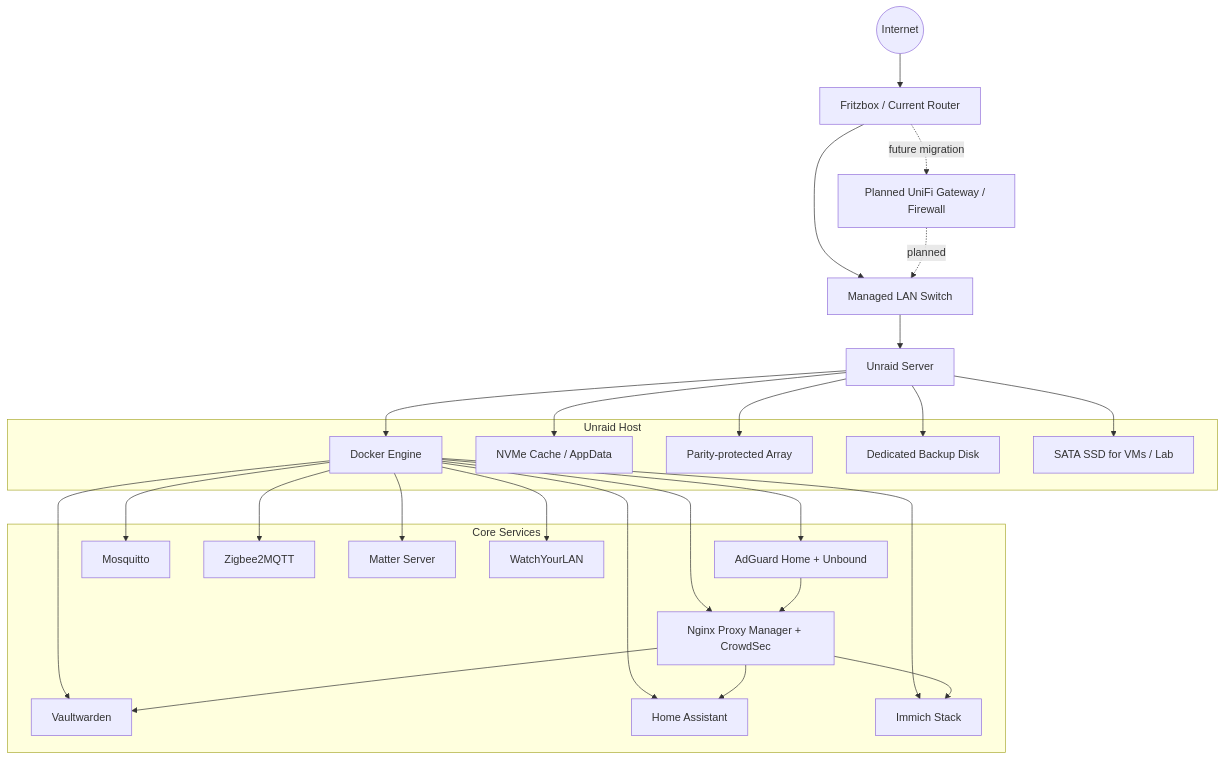
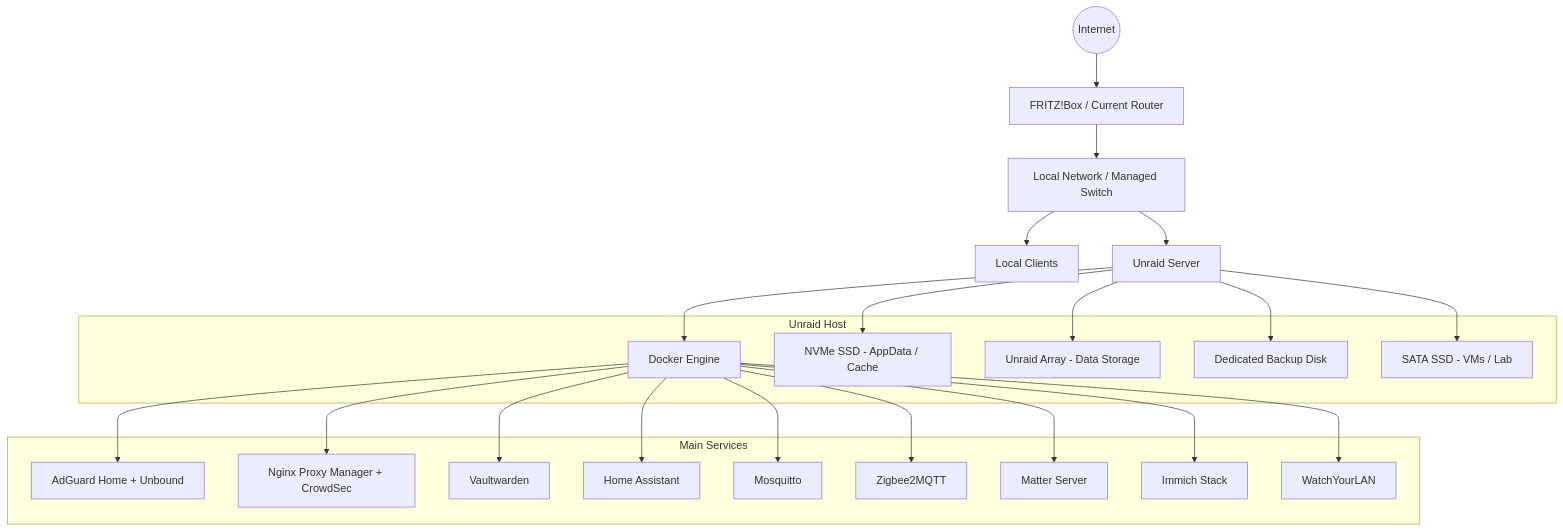
The diagram in README.md (ThomasMann2001/HeimServer-Projekt), drawn with Mermaid before and after one commit. The commit also changed other lines of this file, not shown here.

````diff
--- a/README.md
+++ b/README.md
@@ -90,55 +100,49 @@
 ```mermaid
 flowchart TD
     Internet((Internet))
-    Fritzbox[Fritzbox / Current Router]
-    FutureUniFi[Planned UniFi Gateway / Firewall]
-    Switch[Managed LAN Switch]
-    Unraid[Unraid Server]
+    Fritzbox["FRITZ!Box / Current Router"]
+    Switch["Local Network / Managed Switch"]
+    Clients["Local Clients"]
+    Unraid["Unraid Server"]
 
     Internet --> Fritzbox
-    Fritzbox -. future migration .-> FutureUniFi
     Fritzbox --> Switch
-    FutureUniFi -. planned .-> Switch
+    Switch --> Clients
     Switch --> Unraid
 
-    subgraph UnraidHost[Unraid Host]
-        Docker[Docker Engine]
-        Cache[NVMe Cache / AppData]
-        Array[Parity-protected Array]
-        Backup[Dedicated Backup Disk]
-        VMSSD[SATA SSD for VMs / Lab]
+    subgraph UnraidHost["Unraid Host"]
+        Docker["Docker Engine"]
+        Cache["NVMe SSD - AppData / Cache"]
+        ArrayStorage["Unraid Array - Data Storage"]
+        BackupDisk["Dedicated Backup Disk"]
+        LabSSD["SATA SSD - VMs / Lab"]
     end
 
     Unraid --> Docker
     Unraid --> Cache
-    Unraid --> Array
-    Unraid --> Backup
-    Unraid --> VMSSD
+    Unraid --> ArrayStorage
+    Unraid --> BackupDisk
+    Unraid --> LabSSD
 
-    subgraph CoreServices[Core Services]
-        DNS[AdGuard Home + Unbound]
-        Proxy[Nginx Proxy Manager + CrowdSec]
-        Vault[Vaultwarden]
-        HA[Home Assistant]
-        MQTT[Mosquitto]
-        Zigbee[Zigbee2MQTT]
-        Matter[Matter Server]
-        Photos[Immich Stack]
-        Monitor[WatchYourLAN]
+    subgraph CoreServices["Main Services"]
+        DNS["AdGuard Home + Unbound"]
+        Proxy["Nginx Proxy Manager + CrowdSec"]
+        Vault["Vaultwarden"]
+        HomeAssistant["Home Assistant"]
+        MQTT["Mosquitto"]
+        Zigbee["Zigbee2MQTT"]
+        Matter["Matter Server"]
+        Immich["Immich Stack"]
+        Watch["WatchYourLAN"]
     end
 
     Docker --> DNS
     Docker --> Proxy
     Docker --> Vault
-    Docker --> HA
+    Docker --> HomeAssistant
     Docker --> MQTT
     Docker --> Zigbee
     Docker --> Matter
-    Docker --> Photos
-    Docker --> Monitor
-
-    DNS --> Proxy
-    Proxy --> Vault
-    Proxy --> HA
-    Proxy --> Photos
+    Docker --> Immich
+    Docker --> Watch
 ```
````
